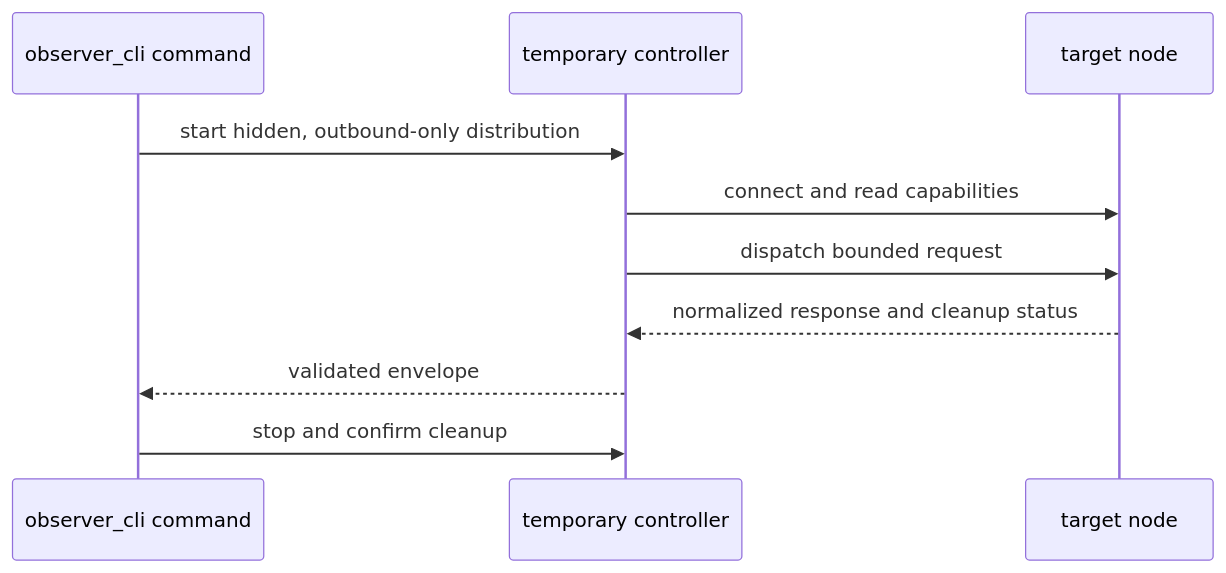
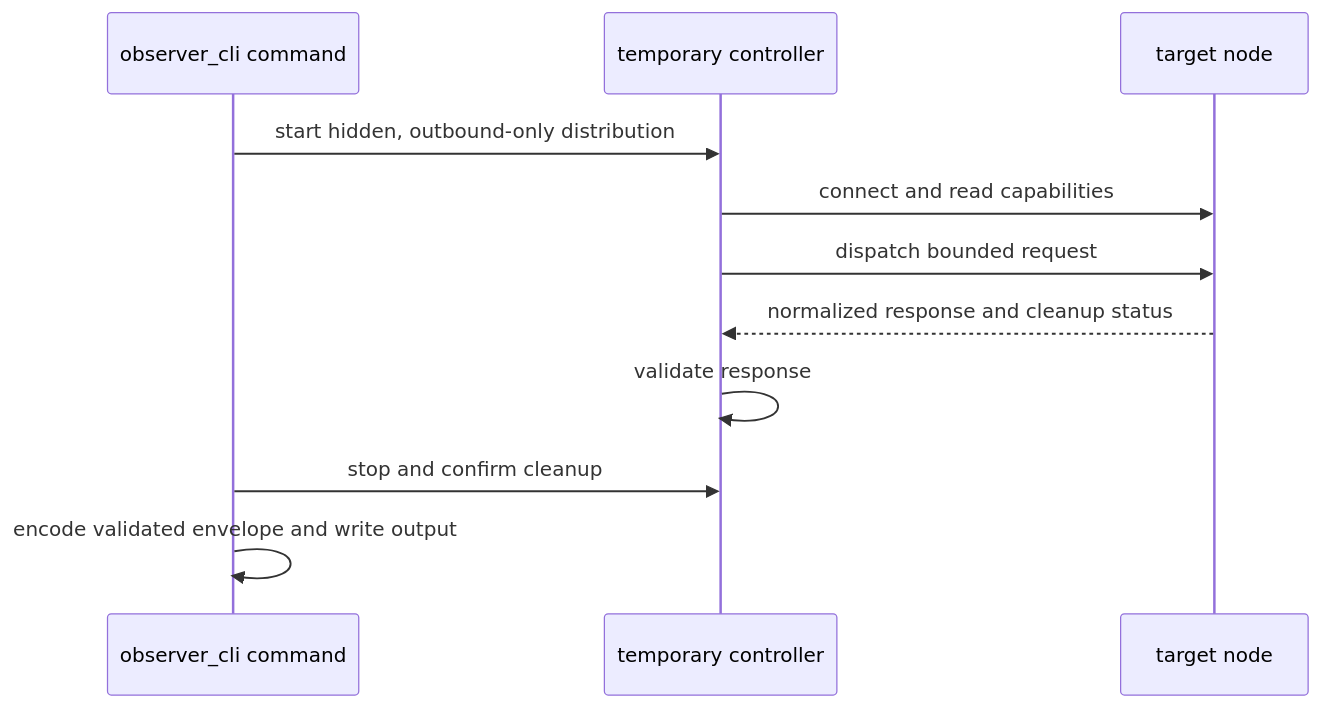
One commit to zhongwencool/observer_cli changed the first of 2 diagrams in docs/explanation/core-concepts.md. Above: the diagram before and after it, drawn with Mermaid. The commit also changed other lines of this file and 6 other files, not shown here.

````diff
--- a/docs/explanation/core-concepts.md
+++ b/docs/explanation/core-concepts.md
@@ -22,12 +23,13 @@
 ```mermaid
 sequenceDiagram
     participant CLI as observer_cli command
     participant C as temporary controller
     participant T as target node
     CLI->>C: start hidden, outbound-only distribution
     C->>T: connect and read capabilities
     C->>T: dispatch bounded request
     T-->>C: normalized response and cleanup status
-    C-->>CLI: validated envelope
+    C->>C: validate response
     CLI->>C: stop and confirm cleanup
+    CLI->>CLI: encode validated envelope and write output
 ```
````
